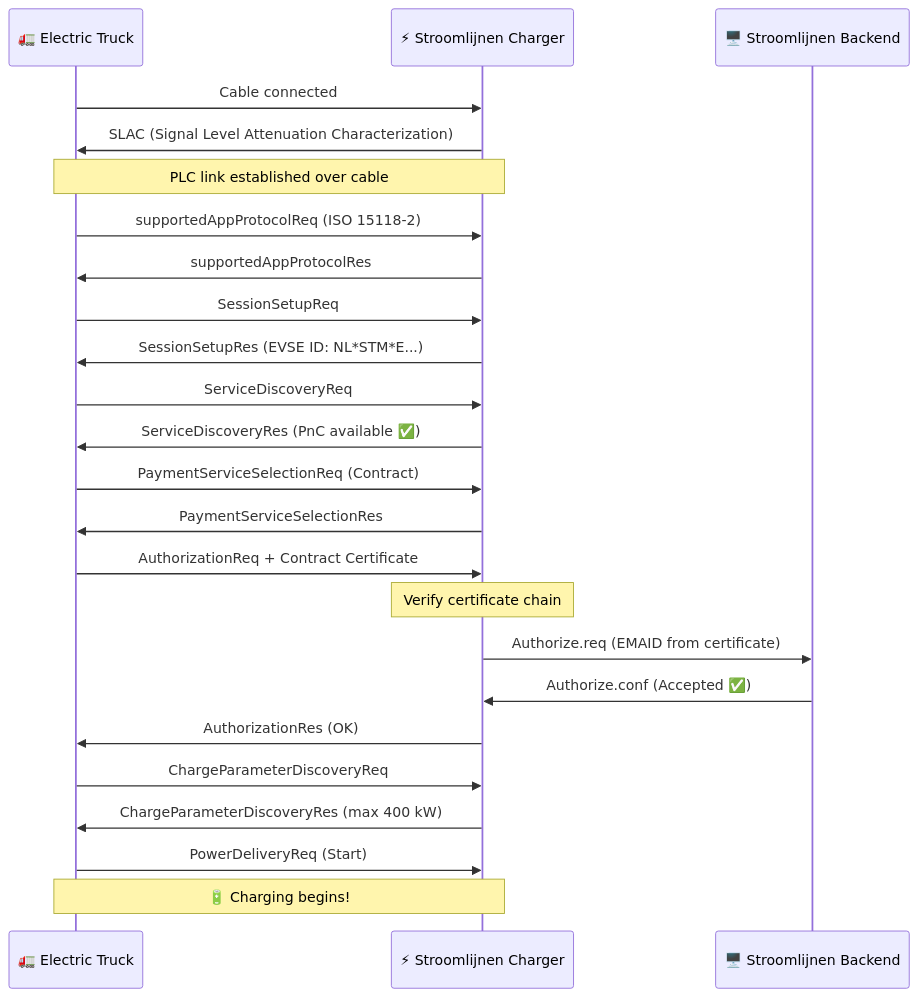
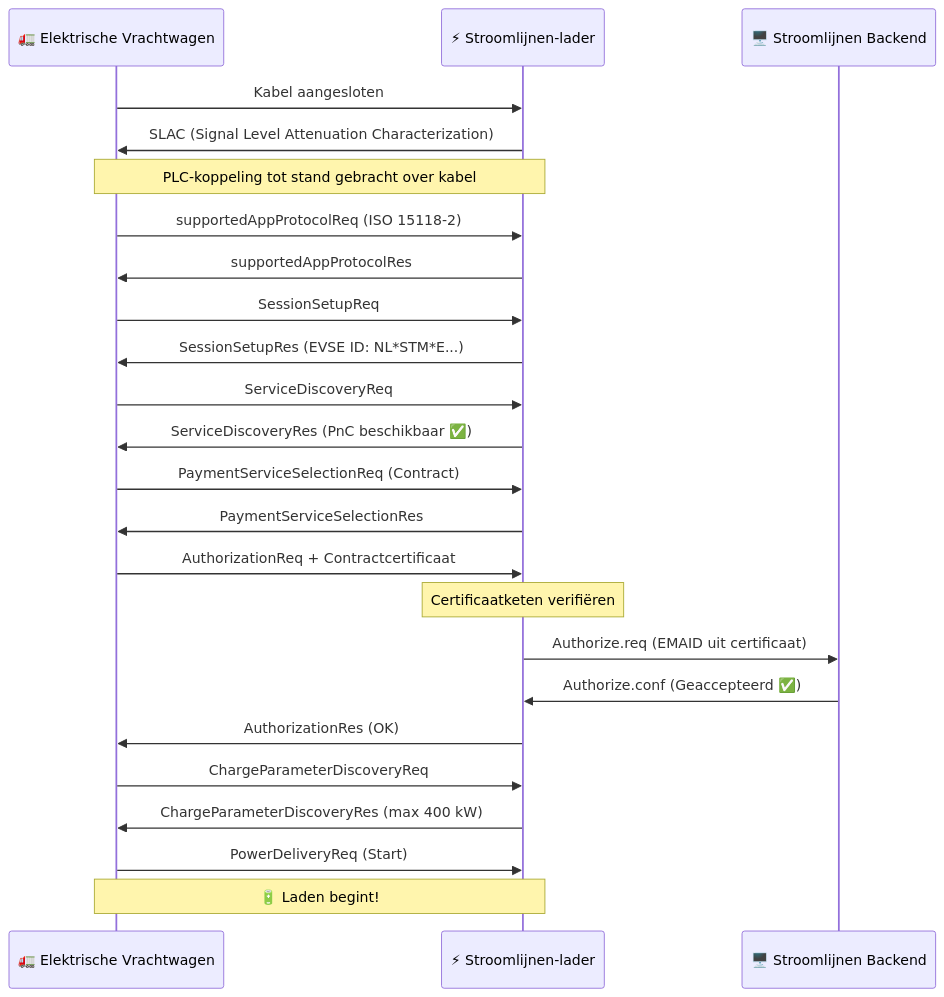
Before and after one commit to imichelena/stroomlijnen-docs: the diagram in docs/plug-and-charge/how-it-works.md, drawn with Mermaid. The commit also changed other lines of this file and 32 other files, not shown here.

````diff
--- a/docs/plug-and-charge/how-it-works.md
+++ b/docs/plug-and-charge/how-it-works.md
@@ -38,34 +38,34 @@
 ```mermaid
 sequenceDiagram
-    participant Truck as 🚛 Electric Truck
-    participant Charger as ⚡ Stroomlijnen Charger
+    participant Truck as 🚛 Elektrische Vrachtwagen
+    participant Charger as ⚡ Stroomlijnen-lader
     participant Backend as 🖥️ Stroomlijnen Backend
 
-    Truck->>Charger: Cable connected
+    Truck->>Charger: Kabel aangesloten
     Charger->>Truck: SLAC (Signal Level Attenuation Characterization)
-    Note over Truck,Charger: PLC link established over cable
+    Note over Truck,Charger: PLC-koppeling tot stand gebracht over kabel
 
     Truck->>Charger: supportedAppProtocolReq (ISO 15118-2)
     Charger->>Truck: supportedAppProtocolRes
 
     Truck->>Charger: SessionSetupReq
     Charger->>Truck: SessionSetupRes (EVSE ID: NL*STM*E...)
 
     Truck->>Charger: ServiceDiscoveryReq
-    Charger->>Truck: ServiceDiscoveryRes (PnC available ✅)
+    Charger->>Truck: ServiceDiscoveryRes (PnC beschikbaar ✅)
 
     Truck->>Charger: PaymentServiceSelectionReq (Contract)
     Charger->>Truck: PaymentServiceSelectionRes
 
-    Truck->>Charger: AuthorizationReq + Contract Certificate
-    Note over Charger: Verify certificate chain
-    Charger->>Backend: Authorize.req (EMAID from certificate)
-    Backend->>Charger: Authorize.conf (Accepted ✅)
+    Truck->>Charger: AuthorizationReq + Contractcertificaat
+    Note over Charger: Certificaatketen verifiëren
+    Charger->>Backend: Authorize.req (EMAID uit certificaat)
+    Backend->>Charger: Authorize.conf (Geaccepteerd ✅)
     Charger->>Truck: AuthorizationRes (OK)
 
     Truck->>Charger: ChargeParameterDiscoveryReq
     Charger->>Truck: ChargeParameterDiscoveryRes (max 400 kW)
 
     Truck->>Charger: PowerDeliveryReq (Start)
-    Note over Truck,Charger: 🔋 Charging begins!
+    Note over Truck,Charger: 🔋 Laden begint!
 ```
````
